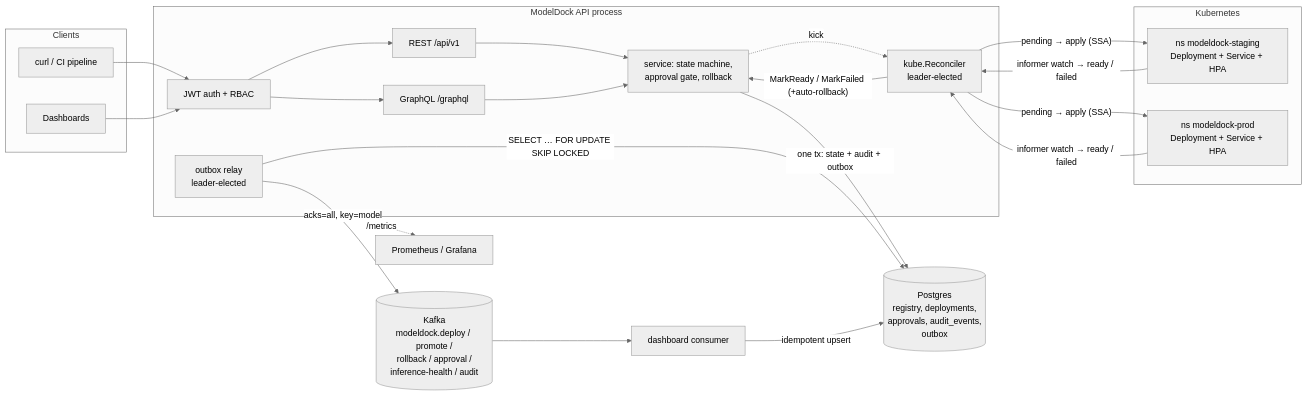
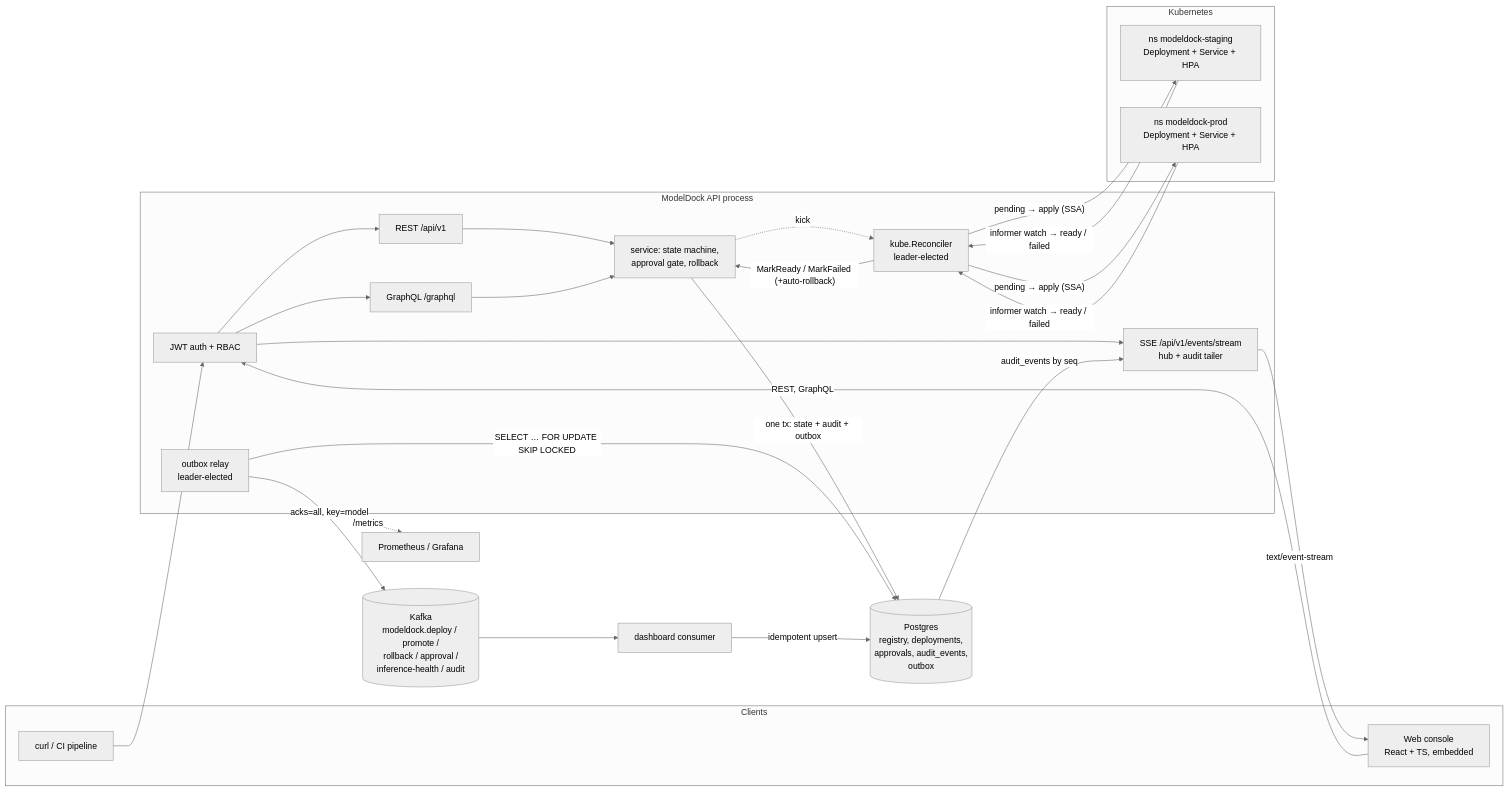
The first of 3 diagrams in README.md (WenxueWu0216/ModelDock), drawn with Mermaid (neutral theme) before and after one commit. The commit also changed other lines of this file, not shown here.

First line of the commit message:
docs: web console, live demo, architecture and verification

````diff
--- a/README.md
+++ b/README.md
@@ -18,37 +22,41 @@
 ```mermaid
 flowchart LR
   subgraph clients[Clients]
     CLI[curl / CI pipeline]
-    UI[Dashboards]
+    WEB[Web console<br/>React + TS, embedded]
   end
   subgraph md[ModelDock API process]
     AUTH[JWT auth + RBAC]
     REST[REST /api/v1]
     GQL[GraphQL /graphql]
+    SSE[SSE /api/v1/events/stream<br/>hub + audit tailer]
     SVC[service: state machine,<br/>approval gate, rollback]
     REC[kube.Reconciler<br/>leader-elected]
     RELAY[outbox relay<br/>leader-elected]
   end
   PG[(Postgres<br/>registry, deployments,<br/>approvals, audit_events,<br/>outbox)]
   K[(Kafka<br/>modeldock.deploy / promote /<br/>rollback / approval /<br/>inference-health / audit)]
   CONS[dashboard consumer]
   subgraph k8s[Kubernetes]
     S[ns modeldock-staging<br/>Deployment + Service + HPA]
     P[ns modeldock-prod<br/>Deployment + Service + HPA]
   end
   PROM[Prometheus / Grafana]
 
   CLI --> AUTH
-  UI --> AUTH
+  WEB -- "REST, GraphQL" --> AUTH
   AUTH --> REST --> SVC
   AUTH --> GQL --> SVC
+  AUTH --> SSE
+  PG -- "audit_events by seq" --> SSE
+  SSE -- "text/event-stream" --> WEB
   SVC -- "one tx: state + audit + outbox" --> PG
   SVC -. kick .-> REC
   REC -- "pending → apply (SSA)" --> S & P
   S & P -- "informer watch → ready / failed" --> REC
   REC -- "MarkReady / MarkFailed (+auto-rollback)" --> SVC
   RELAY -- "SELECT … FOR UPDATE SKIP LOCKED" --> PG
   RELAY -- "acks=all, key=model" --> K
   K --> CONS -- "idempotent upsert" --> PG
   md -. /metrics .-> PROM
 ```
````
